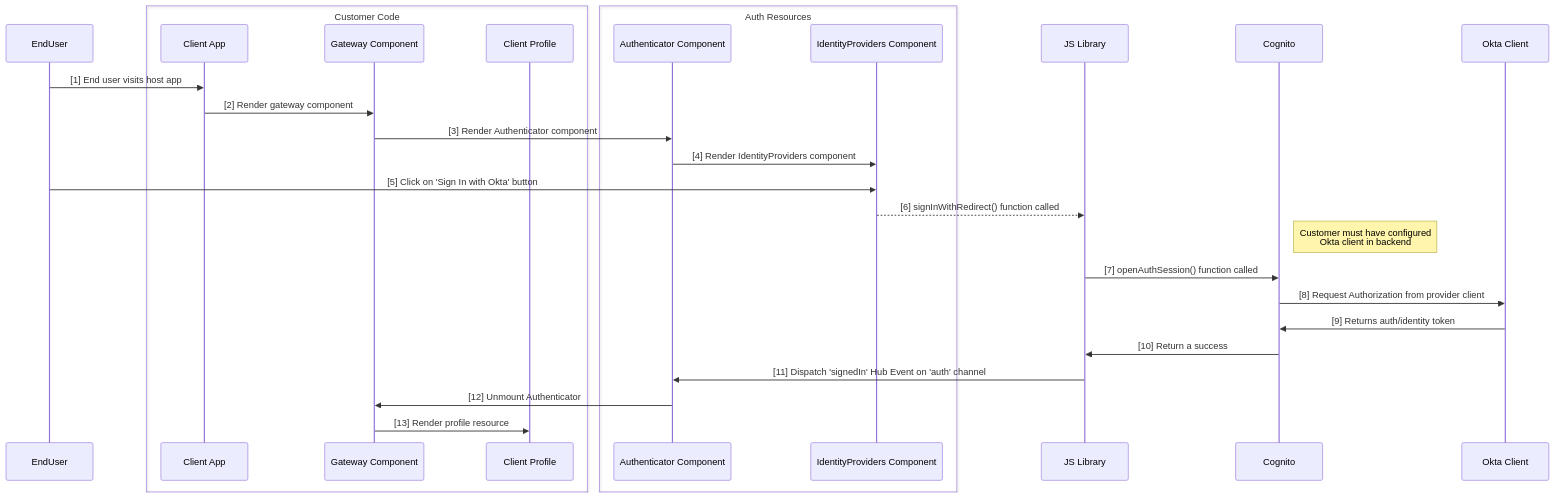
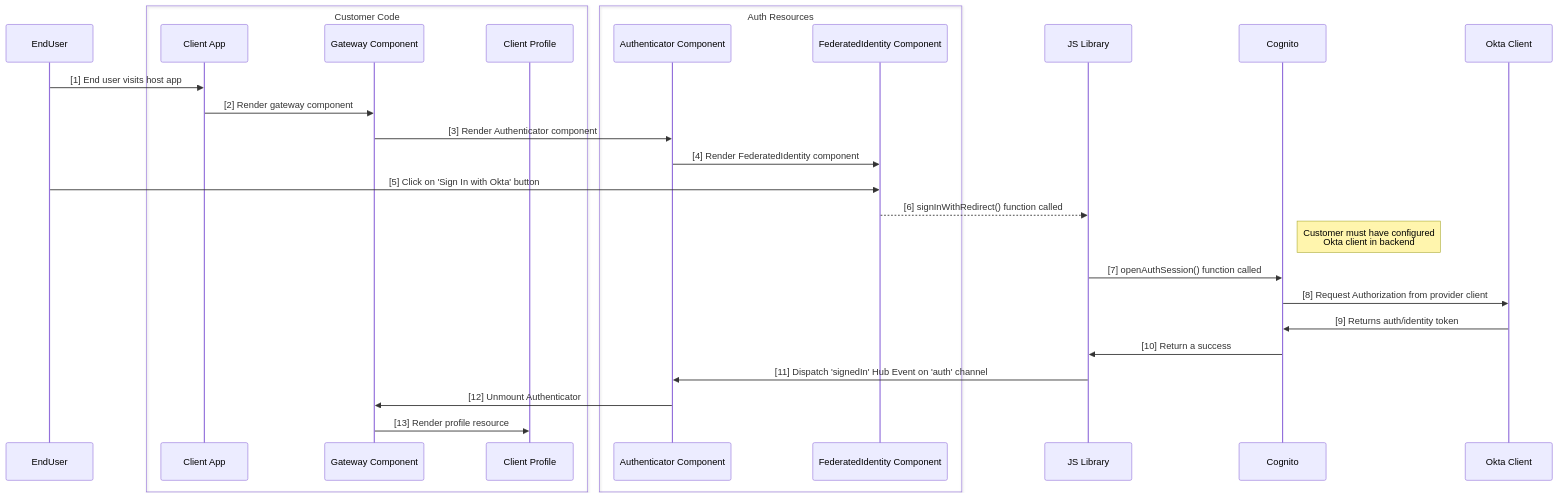
One commit to AhmetAhunbayAWS/amplify-vite-react-template_2 changed the diagram in src/assets/IdentityProvidersAuthUML.md. Above: the diagram before and after it, drawn with Mermaid. The commit also changed 29 other files, not shown here.

````diff
--- a/src/assets/IdentityProvidersAuthUML.md
+++ b/src/assets/IdentityProvidersAuthUML.md
@@ -1,28 +1,28 @@
 ```mermaid
 sequenceDiagram
     participant EndUser
     box Customer Code
     participant Client App
     participant Gateway Component
     participant Client Profile
     end
     box Auth Resources
     participant Authenticator Component
-    participant IdentityProviders Component
+    participant FederatedIdentity Component
     end
     participant JS Library
     EndUser->>Client App: [1] End user visits host app
     Client App->> Gateway Component: [2] Render gateway component
     Gateway Component->>Authenticator Component: [3] Render Authenticator component
-    Authenticator Component->>IdentityProviders Component: [4] Render IdentityProviders component
-    EndUser->>IdentityProviders Component: [5] Click on 'Sign In with Okta' button
-    IdentityProviders Component-->>JS Library: [6] signInWithRedirect() function called
+    Authenticator Component->>FederatedIdentity Component: [4] Render FederatedIdentity component
+    EndUser->>FederatedIdentity Component: [5] Click on 'Sign In with Okta' button
+    FederatedIdentity Component-->>JS Library: [6] signInWithRedirect() function called
     Note right of Cognito: Customer must have configured<br> Okta client in backend
     JS Library->>Cognito: [7] openAuthSession() function called
     Cognito->>Okta Client: [8] Request Authorization from provider client
     Okta Client->>Cognito: [9] Returns auth/identity token
     Cognito->>JS Library: [10] Return a success
     JS Library->>Authenticator Component: [11] Dispatch 'signedIn' Hub Event on 'auth' channel
     Authenticator Component->> Gateway Component: [12] Unmount Authenticator
     Gateway Component->>Client Profile: [13] Render profile resource
 ```
````
